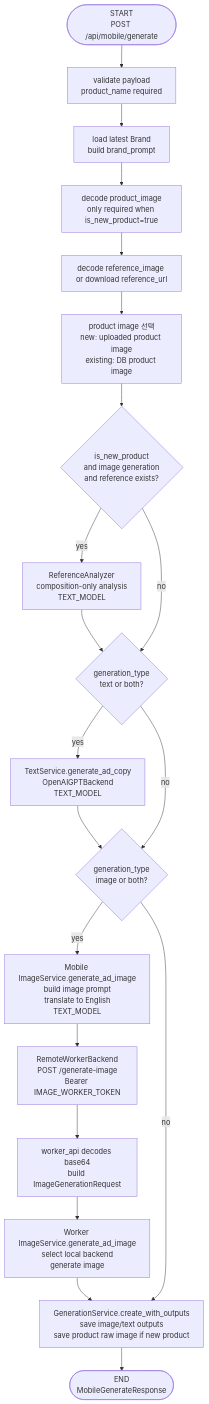
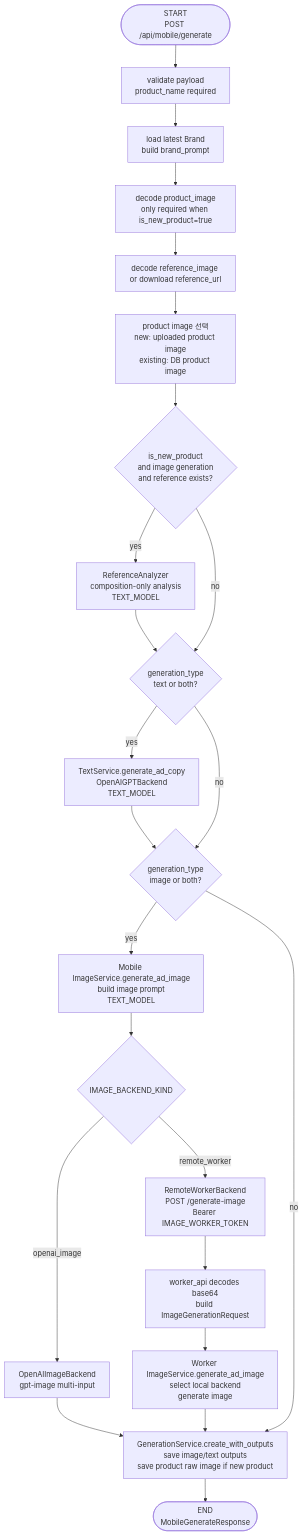
The second of 5 diagrams in docs/mobile_worker_workflow.md (juyoung-song/Gen_for_SmallBusiness), drawn with Mermaid before and after one commit. The commit also changed other lines of this file and 16 other files, not shown here.

````diff
--- a/docs/mobile_worker_workflow.md
+++ b/docs/mobile_worker_workflow.md
@@ -46,29 +55,33 @@
 ```mermaid
 flowchart TD
     Start(["START<br/>POST /api/mobile/generate"])
     Validate["validate payload<br/>product_name required"]
     LoadBrand["load latest Brand<br/>build brand_prompt"]
     DecodeProduct["decode product_image<br/>only required when is_new_product=true"]
     DecodeReference["decode reference_image or download reference_url"]
     PickImageInput["product image 선택<br/>new: uploaded product image<br/>existing: DB product image"]
     AnalyzeReference{"is_new_product<br/>and image generation<br/>and reference exists?"}
     RefAnalysis["ReferenceAnalyzer<br/>composition-only analysis<br/>TEXT_MODEL"]
     NeedText{"generation_type<br/>text or both?"}
     TextNode["TextService.generate_ad_copy<br/>OpenAIGPTBackend<br/>TEXT_MODEL"]
     NeedImage{"generation_type<br/>image or both?"}
-    MobileImage["Mobile ImageService.generate_ad_image<br/>build image prompt<br/>translate to English<br/>TEXT_MODEL"]
+    MobileImage["Mobile ImageService.generate_ad_image<br/>build image prompt<br/>TEXT_MODEL"]
+    BackendChoice{"IMAGE_BACKEND_KIND"}
+    OpenAIImageNode["OpenAIImageBackend<br/>gpt-image multi-input"]
     RemoteCall["RemoteWorkerBackend<br/>POST /generate-image<br/>Bearer IMAGE_WORKER_TOKEN"]
     WorkerDecode["worker_api decodes base64<br/>build ImageGenerationRequest"]
     WorkerImage["Worker ImageService.generate_ad_image<br/>select local backend<br/>generate image"]
     Save["GenerationService.create_with_outputs<br/>save image/text outputs<br/>save product raw image if new product"]
     Response(["END<br/>MobileGenerateResponse"])
 
     Start --> Validate --> LoadBrand --> DecodeProduct --> DecodeReference --> PickImageInput --> AnalyzeReference
     AnalyzeReference -- yes --> RefAnalysis --> NeedText
     AnalyzeReference -- no --> NeedText
     NeedText -- yes --> TextNode --> NeedImage
     NeedText -- no --> NeedImage
-    NeedImage -- yes --> MobileImage --> RemoteCall --> WorkerDecode --> WorkerImage --> Save
+    NeedImage -- yes --> MobileImage --> BackendChoice
+    BackendChoice -- openai_image --> OpenAIImageNode --> Save
+    BackendChoice -- remote_worker --> RemoteCall --> WorkerDecode --> WorkerImage --> Save
     NeedImage -- no --> Save
     Save --> Response
 ```
````
